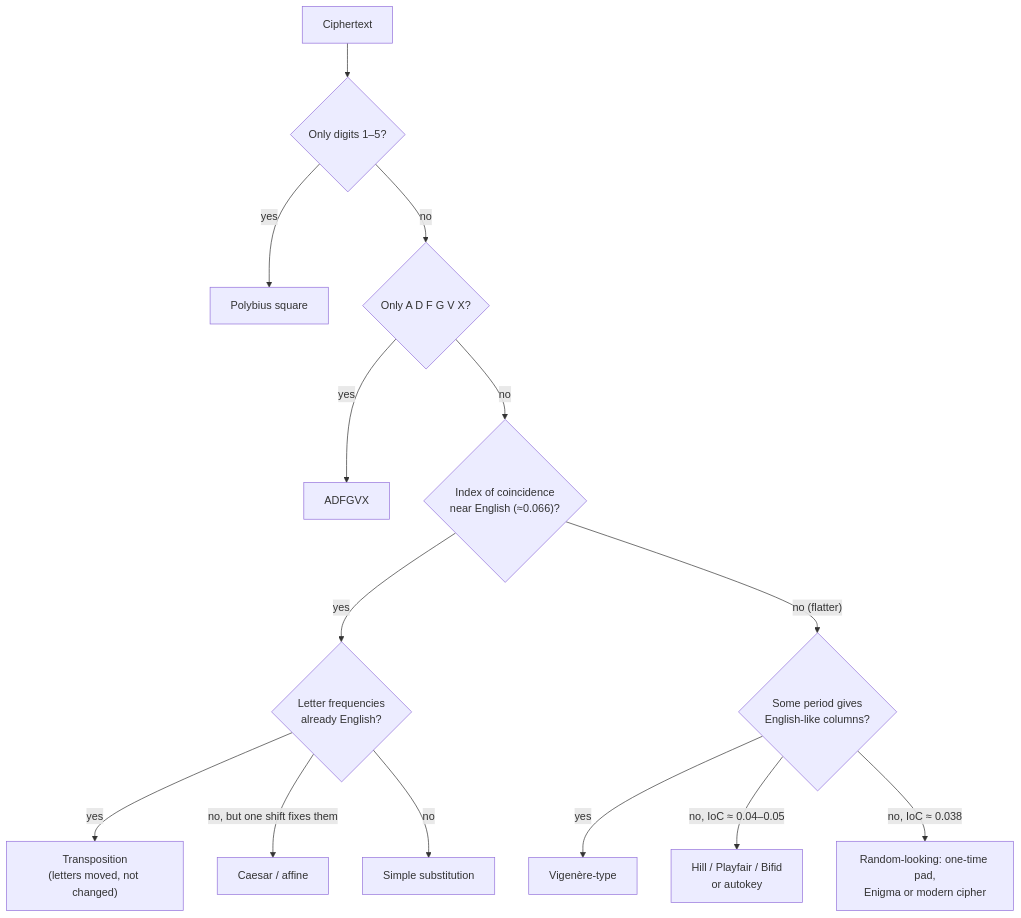
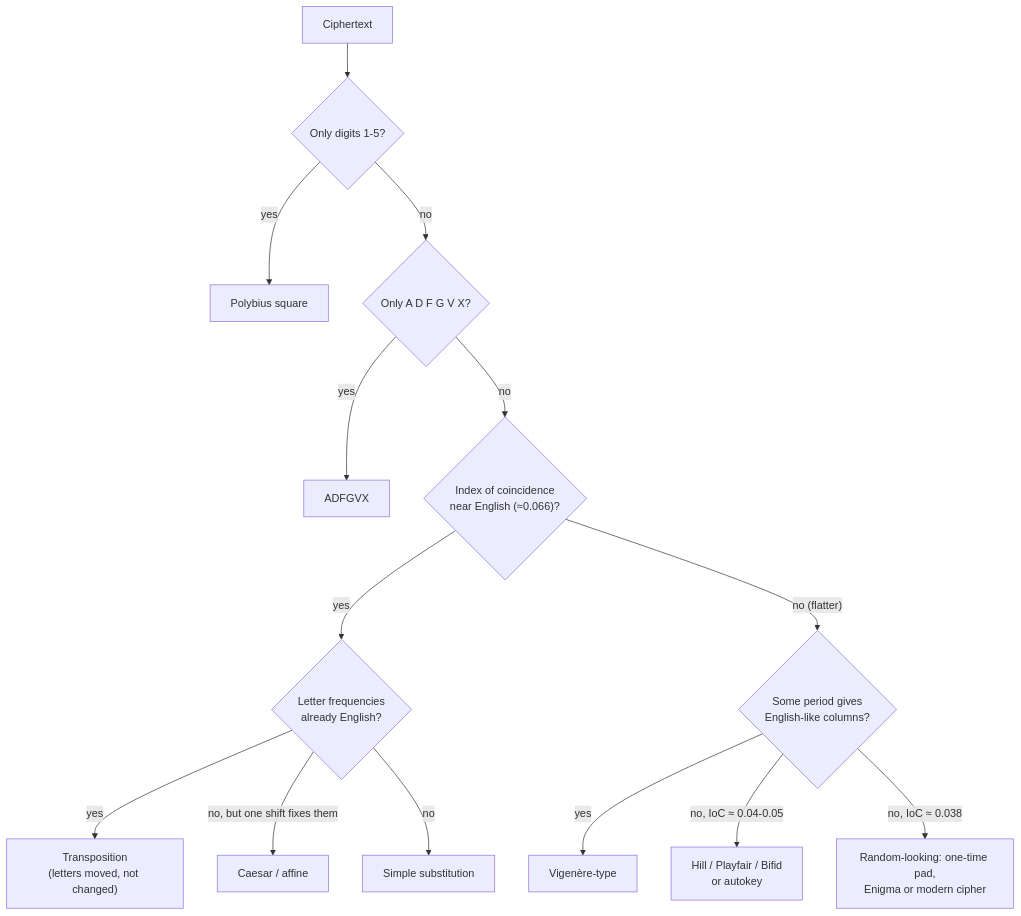
One commit to dickiepotter/CodeBreaker changed the diagram in README.md. Above: the diagram before and after it, drawn with Mermaid. The commit also changed other lines of this file and 6 other files, not shown here.

````diff
--- a/README.md
+++ b/README.md
@@ -727,16 +724,16 @@
 ```mermaid
 graph TD
-    S["Ciphertext"] --> D{"Only digits 1–5?"}
+    S["Ciphertext"] --> D{"Only digits 1-5?"}
     D -->|yes| P["Polybius square"]
     D -->|no| A{"Only A D F G V X?"}
     A -->|yes| X["ADFGVX"]
     A -->|no| I{"Index of coincidence<br/>near English (≈0.066)?"}
     I -->|yes| C{"Letter frequencies<br/>already English?"}
     C -->|yes| T["Transposition<br/>(letters moved, not changed)"]
     C -->|"no, but one shift fixes them"| K["Caesar / affine"]
     C -->|no| M["Simple substitution"]
     I -->|"no (flatter)"| R{"Some period gives<br/>English-like columns?"}
     R -->|yes| V["Vigenère-type"]
-    R -->|"no, IoC ≈ 0.04–0.05"| H["Hill / Playfair / Bifid<br/>or autokey"]
+    R -->|"no, IoC ≈ 0.04-0.05"| H["Hill / Playfair / Bifid<br/>or autokey"]
     R -->|"no, IoC ≈ 0.038"| O["Random-looking: one-time pad,<br/>Enigma or modern cipher"]
 ```
````
